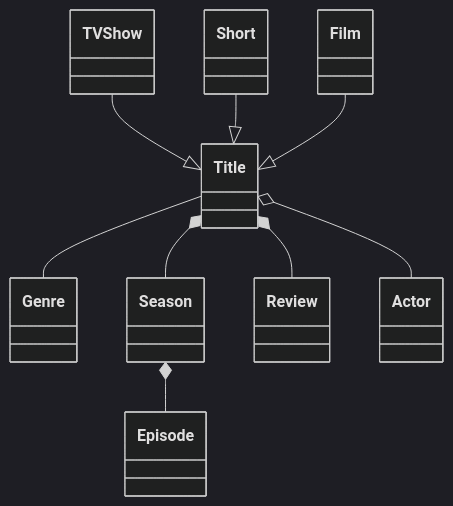
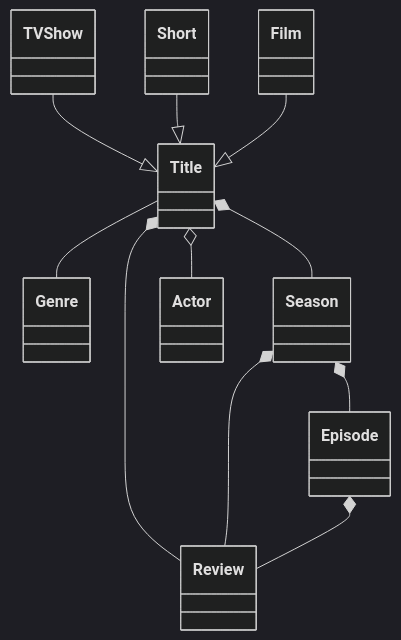
The second of 3 diagrams in mermaid_diagrams.md (rawandrew/diagramming), drawn with Mermaid (dark theme) before and after one commit.

Commit message:
Add more links to reviews.

````diff
--- a/mermaid_diagrams.md
+++ b/mermaid_diagrams.md
@@ -14,12 +14,15 @@
 ```mermaid
 classDiagram
     Title -- Genre
     Title *-- Season
     Title *-- Review
     Title o-- Actor    
     TV Show --|> Title
     Short --|> Title
     Film --|> Title
     
+    Season *-- Review
     Season *-- Episode 
+    
+    Episode *-- Review
 ```
````
